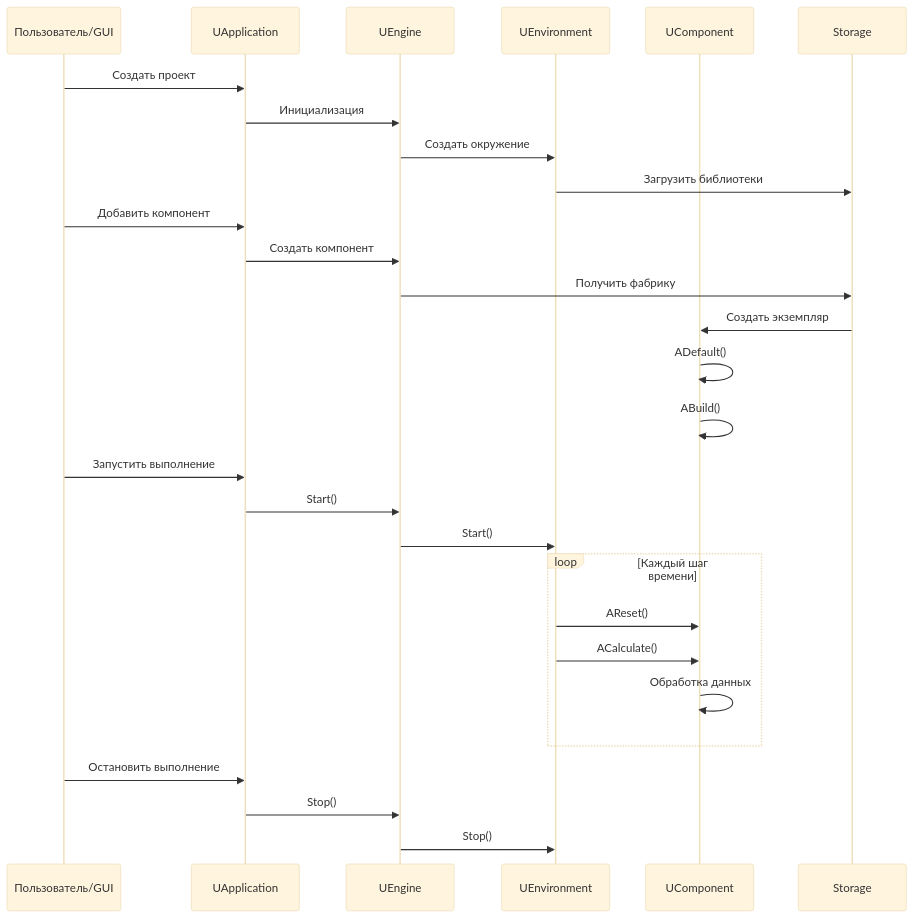
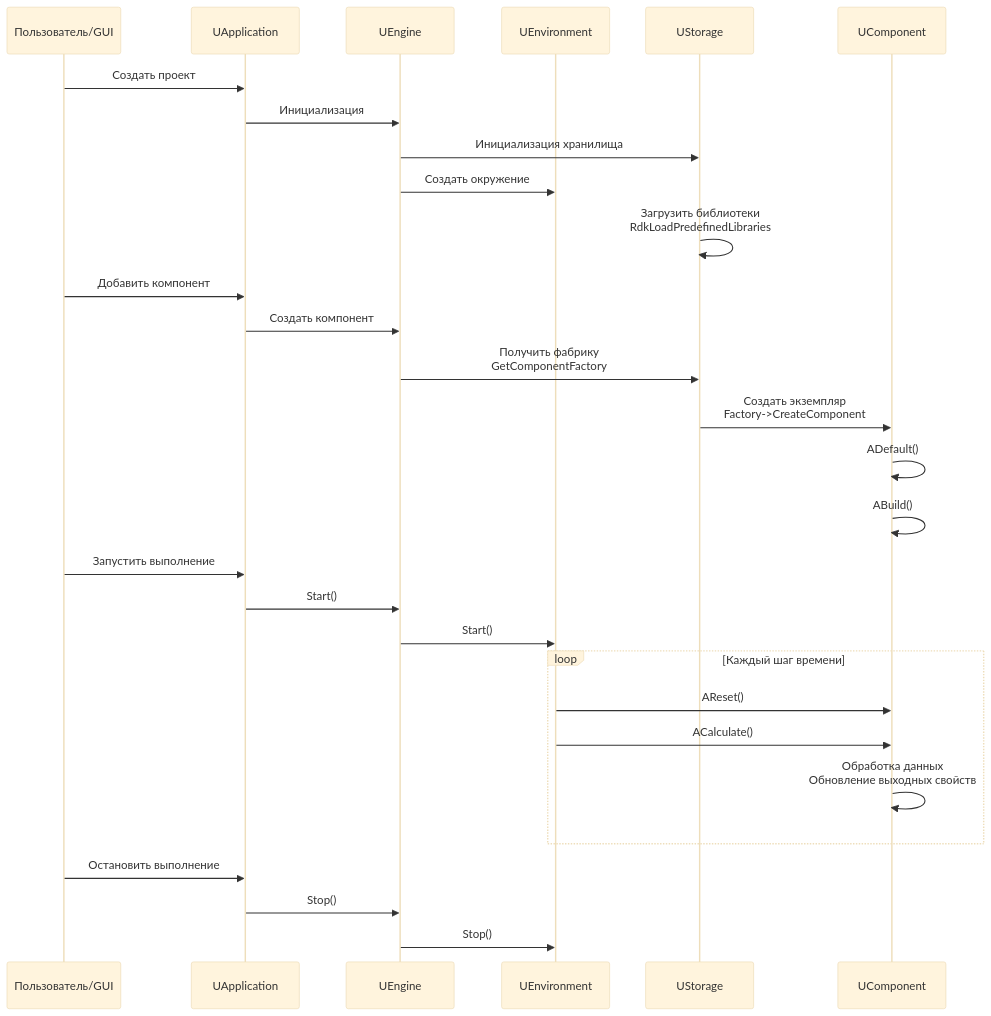
The second of 3 diagrams in Docs/Overview/Architecture-Overview.md (aicommunity/Nmsdk), drawn with Mermaid (base theme) before and after one commit. The commit also changed other lines of this file and 21 other files, not shown here.

````diff
--- a/Docs/Overview/Architecture-Overview.md
+++ b/Docs/Overview/Architecture-Overview.md
@@ -136,34 +138,36 @@
 ```mermaid
 sequenceDiagram
     participant User as Пользователь/GUI
     participant App as UApplication
     participant Engine as UEngine
     participant Env as UEnvironment
+    participant Storage as UStorage
     participant Comp as UComponent
     
     User->>App: Создать проект
     App->>Engine: Инициализация
+    Engine->>Storage: Инициализация хранилища
     Engine->>Env: Создать окружение
-    Env->>Storage: Загрузить библиотеки
+    Storage->>Storage: Загрузить библиотеки<br/>RdkLoadPredefinedLibraries
     
     User->>App: Добавить компонент
     App->>Engine: Создать компонент
-    Engine->>Storage: Получить фабрику
-    Storage->>Comp: Создать экземпляр
+    Engine->>Storage: Получить фабрику<br/>GetComponentFactory
+    Storage->>Comp: Создать экземпляр<br/>Factory->CreateComponent
     Comp->>Comp: ADefault()
     Comp->>Comp: ABuild()
     
     User->>App: Запустить выполнение
     App->>Engine: Start()
     Engine->>Env: Start()
     
     loop Каждый шаг времени
         Env->>Comp: AReset()
         Env->>Comp: ACalculate()
-        Comp->>Comp: Обработка данных
+        Comp->>Comp: Обработка данных<br/>Обновление выходных свойств
     end
     
     User->>App: Остановить выполнение
     App->>Engine: Stop()
     Engine->>Env: Stop()
 ```
````
